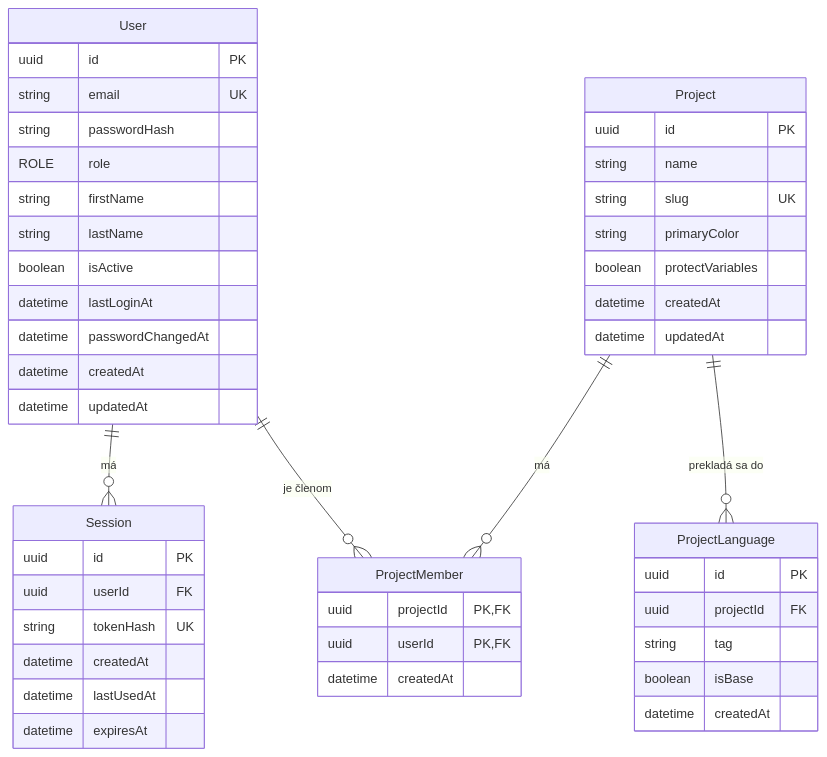
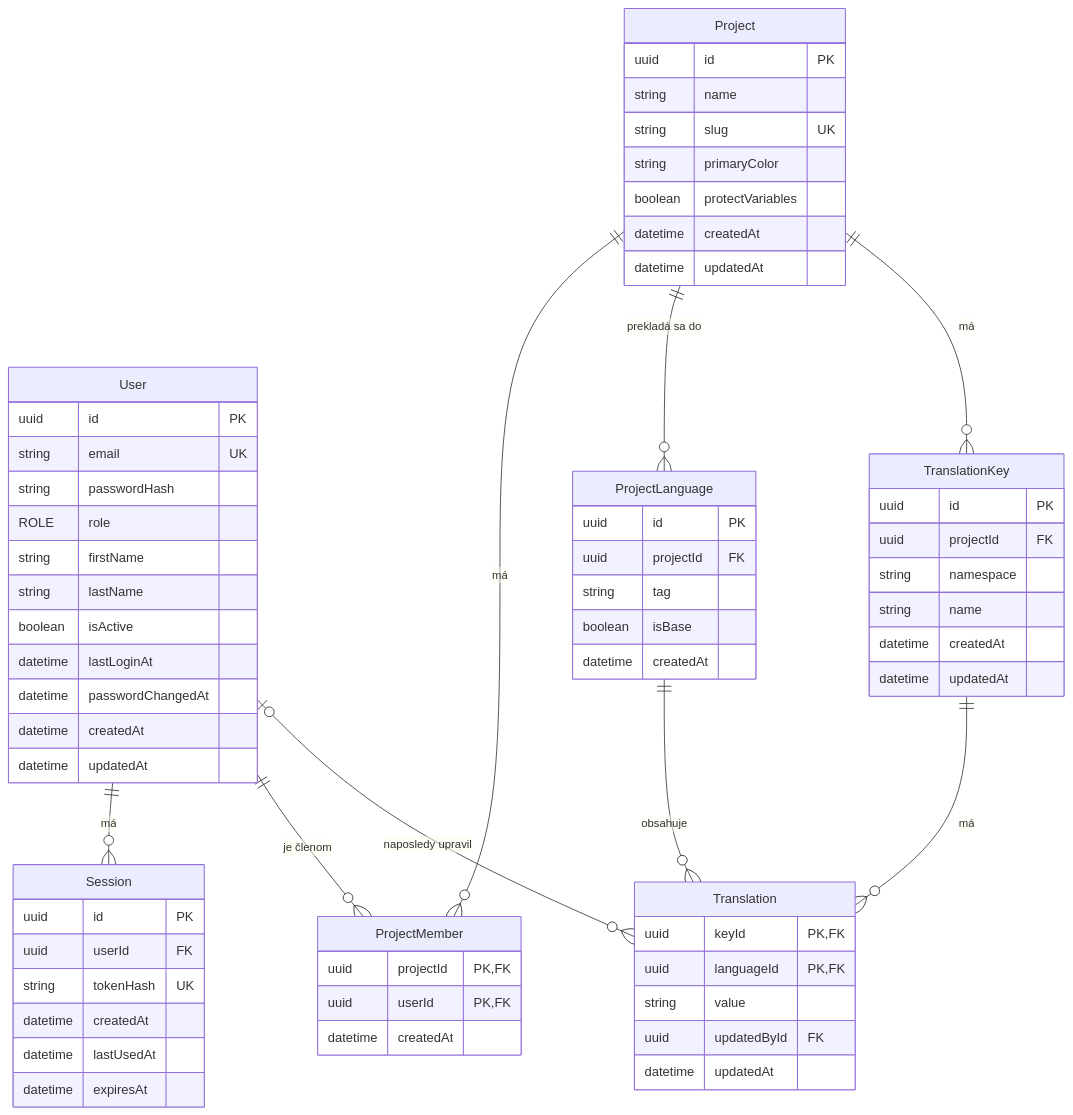
The diagram in docs/database.md (michal-bella/Locale-Admin), drawn with Mermaid before and after one commit. The commit also changed other lines of this file and 6 other files, not shown here.

````diff
--- a/docs/database.md
+++ b/docs/database.md
@@ -94,49 +124,68 @@
 ```mermaid
 erDiagram
     User ||--o{ Session : "má"
     User ||--o{ ProjectMember : "je členom"
     Project ||--o{ ProjectMember : "má"
     Project ||--o{ ProjectLanguage : "prekladá sa do"
+    Project ||--o{ TranslationKey : "má"
+    TranslationKey ||--o{ Translation : "má"
+    ProjectLanguage ||--o{ Translation : "obsahuje"
+    User |o--o{ Translation : "naposledy upravil"
     User {
         uuid id PK
         string email UK
         string passwordHash
         ROLE role
         string firstName
         string lastName
         boolean isActive
         datetime lastLoginAt
         datetime passwordChangedAt
         datetime createdAt
         datetime updatedAt
     }
     Session {
         uuid id PK
         uuid userId FK
         string tokenHash UK
         datetime createdAt
         datetime lastUsedAt
         datetime expiresAt
     }
     ProjectLanguage {
         uuid id PK
         uuid projectId FK
         string tag
         boolean isBase
         datetime createdAt
     }
     Project {
         uuid id PK
         string name
         string slug UK
         string primaryColor
         boolean protectVariables
         datetime createdAt
         datetime updatedAt
     }
     ProjectMember {
         uuid projectId PK, FK
         uuid userId PK, FK
         datetime createdAt
     }
+    TranslationKey {
+        uuid id PK
+        uuid projectId FK
+        string namespace
+        string name
+        datetime createdAt
+        datetime updatedAt
+    }
+    Translation {
+        uuid keyId PK, FK
+        uuid languageId PK, FK
+        string value
+        uuid updatedById FK
+        datetime updatedAt
+    }
 ```
````
